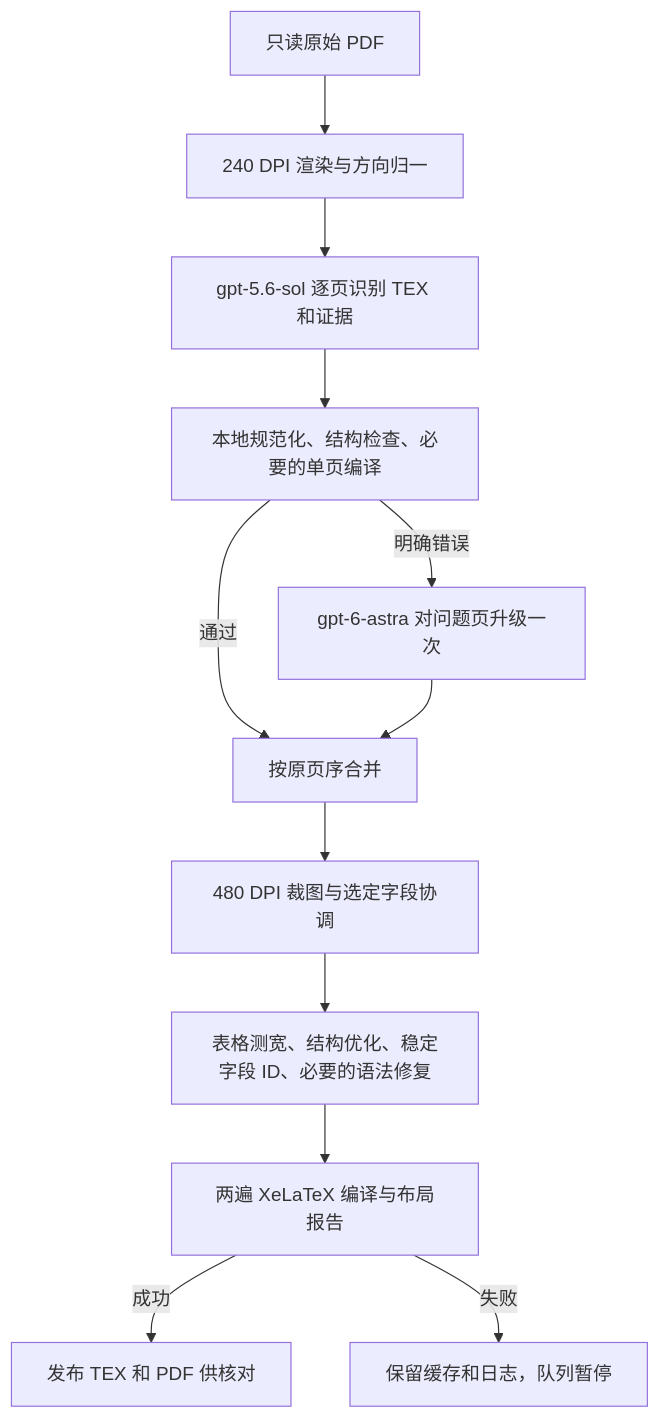
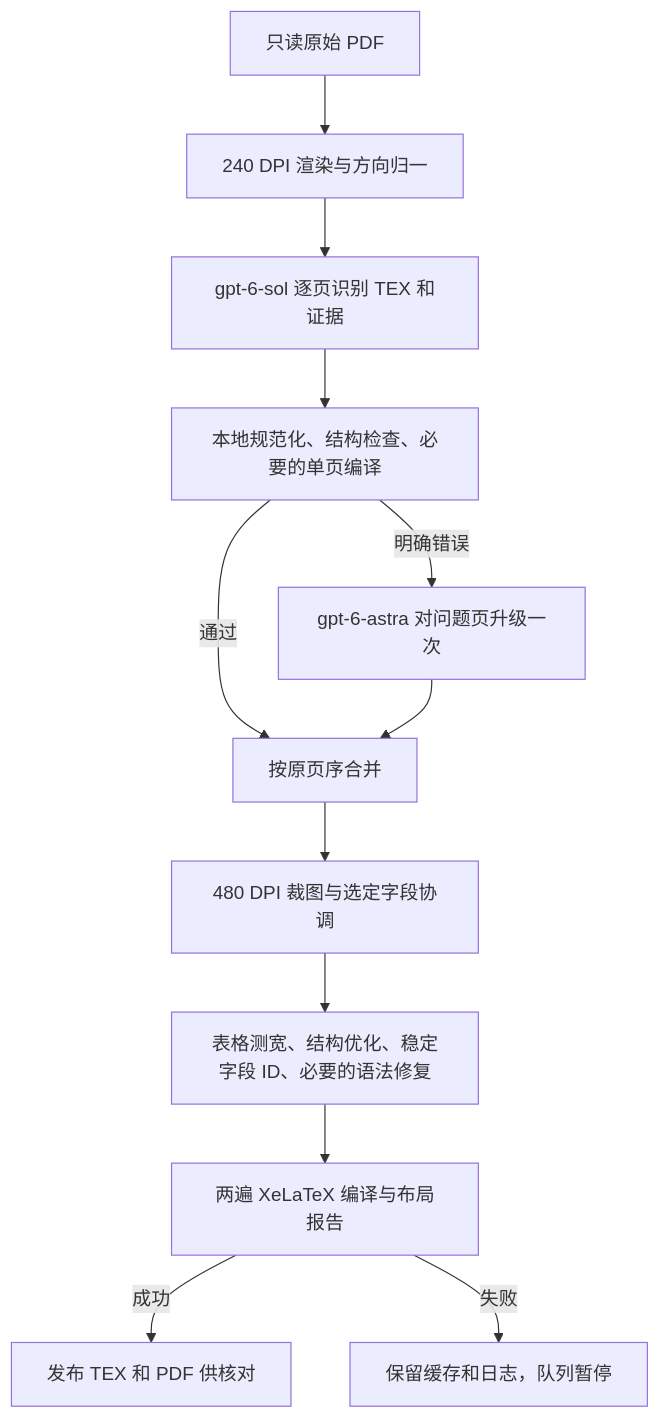
The diagram in README.md (Maxrayyy/PDFToTex), drawn with Mermaid before and after one commit. The commit also changed other lines of this file and 6 other files, not shown here.

Commit message:
feat: 切换 gpt-6-sol 并保护 Overleaf 已有批次

````diff
--- a/README.md
+++ b/README.md
@@ -52,14 +52,14 @@
 ```mermaid
 flowchart TD
     A[只读原始 PDF] --> B[240 DPI 渲染与方向归一]
-    B --> C[gpt-5.6-sol 逐页识别 TEX 和证据]
+    B --> C[gpt-6-sol 逐页识别 TEX 和证据]
     C --> D[本地规范化、结构检查、必要的单页编译]
     D -->|通过| F[按原页序合并]
     D -->|明确错误| E[gpt-6-astra 对问题页升级一次]
     E --> F
     F --> G[480 DPI 裁图与选定字段协调]
     G --> H[表格测宽、结构优化、稳定字段 ID、必要的语法修复]
     H --> I[两遍 XeLaTeX 编译与布局报告]
     I -->|成功| J[发布 TEX 和 PDF 供核对]
     I -->|失败| K[保留缓存和日志，队列暂停]
 ```
````
